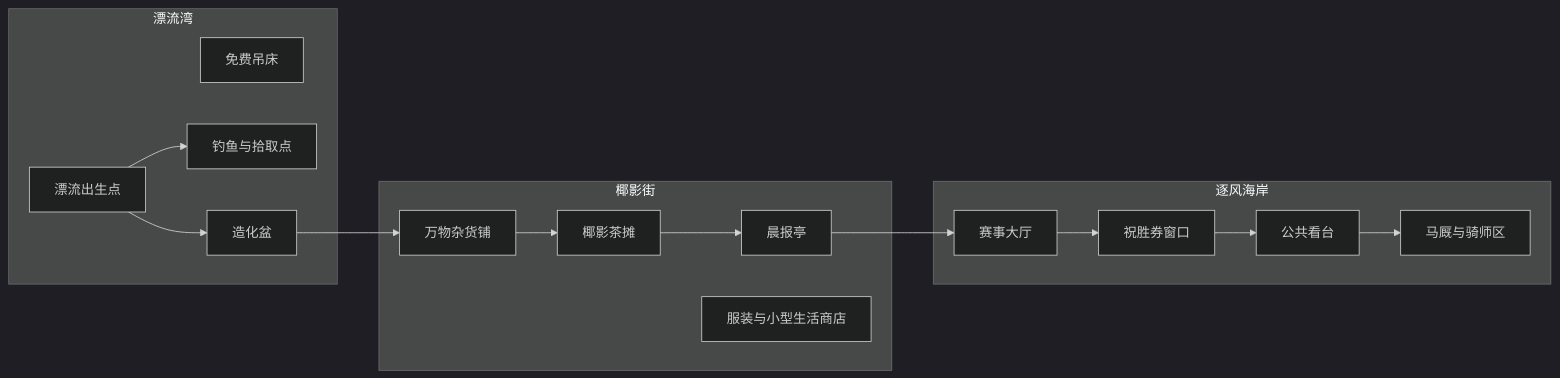
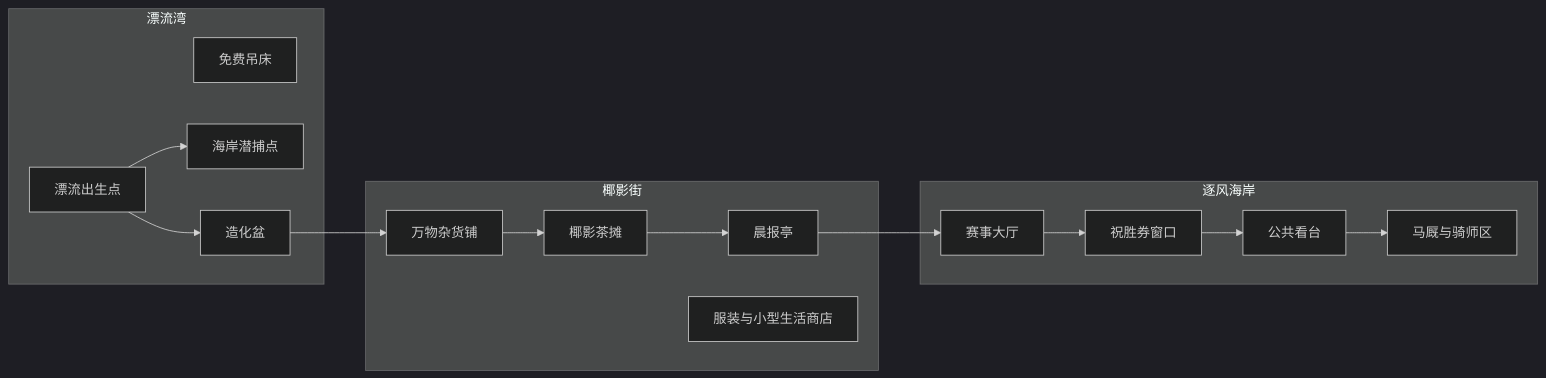
The diagram in doc/07_地图与移动系统设计_v0.1.md (Andrew82106/TreasureLand), drawn with Mermaid (dark theme) before and after one commit. The commit also changed other lines of this file and 124 other files, not shown here.

````diff
--- a/doc/07_地图与移动系统设计_v0.1.md
+++ b/doc/07_地图与移动系统设计_v0.1.md
@@ -33,33 +33,33 @@
 ```mermaid
 flowchart LR
     subgraph bay[漂流湾]
         spawn[漂流出生点]
         hammock[免费吊床]
-        fishing[钓鱼与拾取点]
+        fishing[海岸潜捕点]
         basin[造化盆]
     end
 
     subgraph street[椰影街]
         shop[万物杂货铺]
         stall[椰影茶摊]
         news[晨报亭]
         wardrobe[服装与小型生活商店]
     end
 
     subgraph coast[逐风海岸]
         racehall[赛事大厅]
         ticket[祝胜券窗口]
         stand[公共看台]
         stable[马厩与骑师区]
     end
 
     spawn --> basin
     spawn --> fishing
     basin --> shop
     shop --> stall
     stall --> news
     news --> racehall
     racehall --> ticket
     ticket --> stand
     stand --> stable
 ```
````
